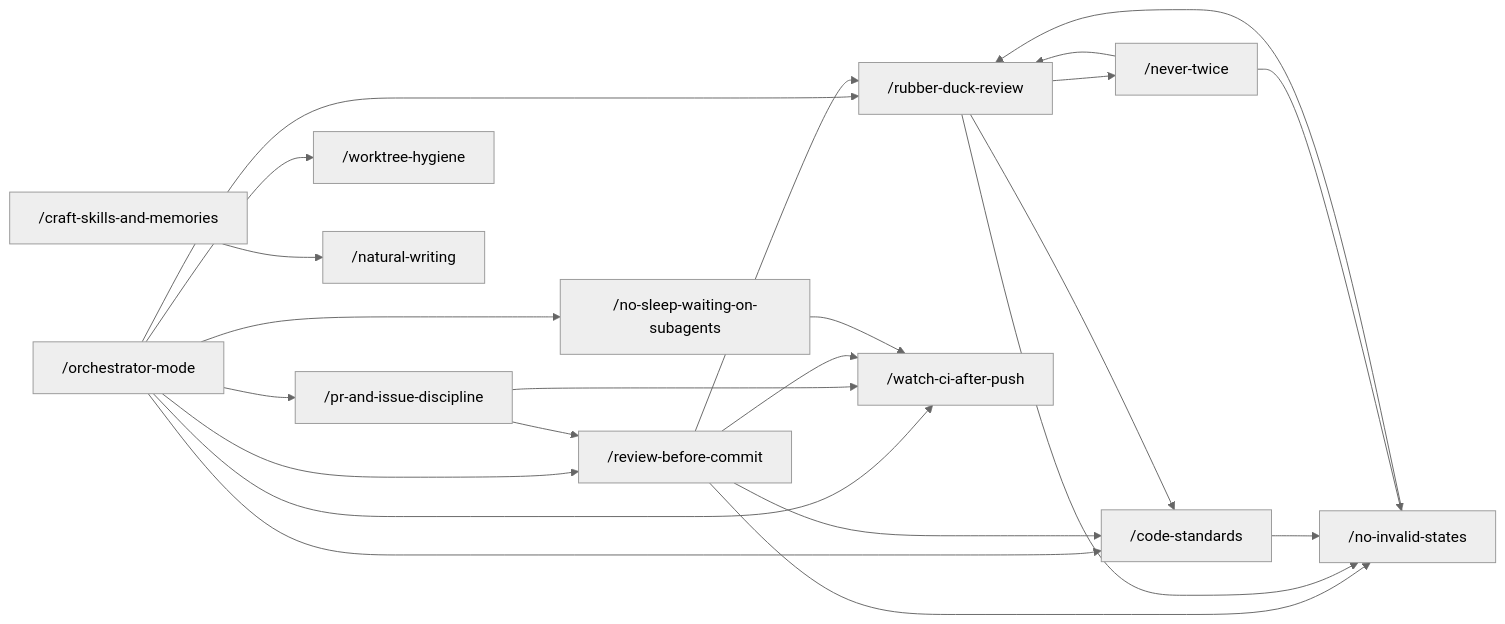
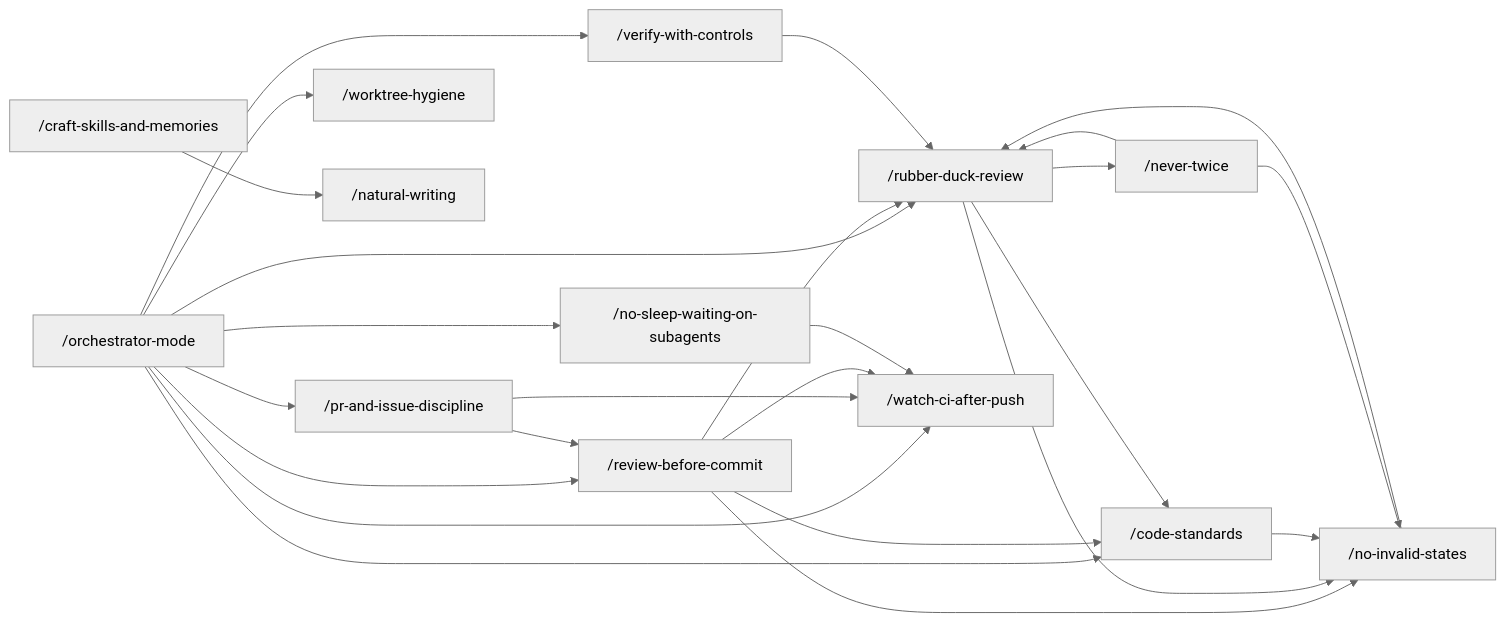
The diagram in README.md (Vivswan/skills), drawn with Mermaid (neutral theme) before and after one commit. The commit also changed other lines of this file and 12 other files, not shown here.

First line of the commit message:
feat: extract verification epistemics into verify-with-controls skill (#63)

````diff
--- a/README.md
+++ b/README.md
@@ -37,25 +38,27 @@
 ```mermaid
 graph LR
   om["/orchestrator-mode"] --> rdr["/rubber-duck-review"]
   om --> rbc["/review-before-commit"]
   om --> wca["/watch-ci-after-push"]
   om --> cs["/code-standards"]
   om --> pid["/pr-and-issue-discipline"]
   om --> wh["/worktree-hygiene"]
   pid --> wca
   pid --> rbc
   rbc --> rdr
   rbc --> wca
   rbc --> cs
   rbc --> nis["/no-invalid-states"]
   rdr --> cs
   rdr --> nis
   rdr --> nt
   nis --> rdr
   cs --> nis
   nt["/never-twice"] --> rdr
   nt --> nis
+  om --> vwc["/verify-with-controls"]
+  vwc --> rdr
   om --> nsw["/no-sleep-waiting-on-subagents"]
   nsw --> wca
   csm["/craft-skills-and-memories"] --> nw["/natural-writing"]
 ```
````
